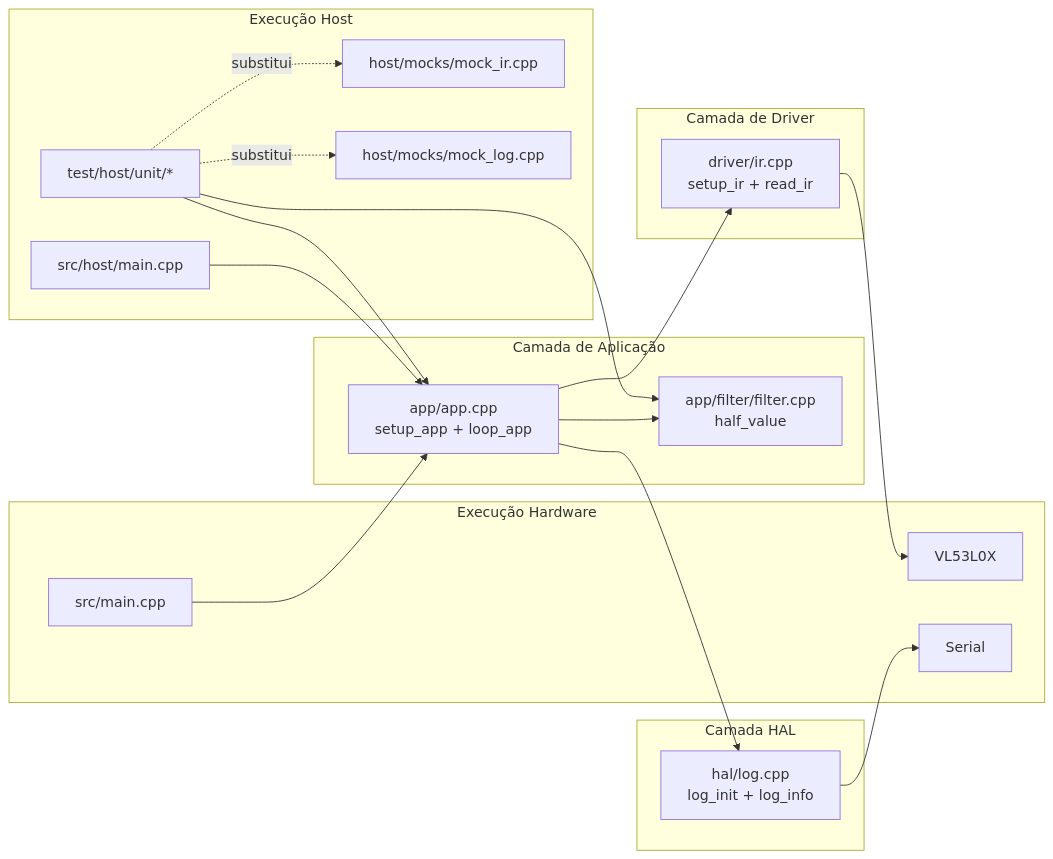
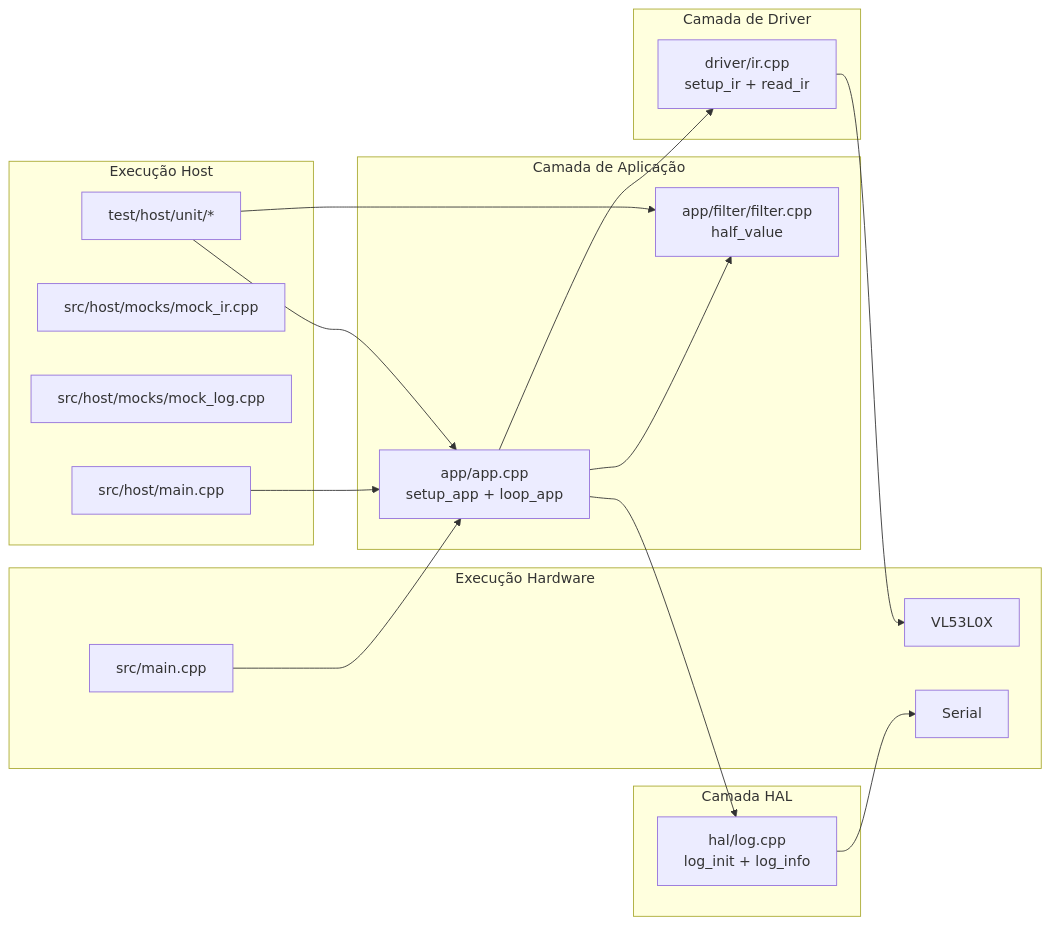
One commit to pedrolopesc/host-automated-testing-iot changed the second of 2 diagrams in architecture/DIAGRAM.md. Above: the diagram before and after it, drawn with Mermaid. The commit also changed other lines of this file and 9 other files, not shown here.

````diff
--- a/architecture/DIAGRAM.md
+++ b/architecture/DIAGRAM.md
@@ -28,43 +28,41 @@
 ```mermaid
 flowchart LR
-    subgraph App[Camada de Aplicação]
-        APP[app/app.cpp\nsetup_app + loop_app]
+    subgraph APP[Camada de Aplicação]
+        APP_MAIN[app/app.cpp\nsetup_app + loop_app]
         FILTER[app/filter/filter.cpp\nhalf_value]
     end
 
-    subgraph Driver[Camada de Driver]
+    subgraph DRV[Camada de Driver]
         IR[driver/ir.cpp\nsetup_ir + read_ir]
     end
 
     subgraph HAL[Camada HAL]
         LOG[hal/log.cpp\nlog_init + log_info]
     end
 
-    subgraph Host[Execução Host]
+    subgraph HOST[Execução Host]
         HMAIN[src/host/main.cpp]
-        MIR[host/mocks/mock_ir.cpp]
-        MLOG[host/mocks/mock_log.cpp]
-        TESTS[test/host/unit/*]
+        MOCK_IR[src/host/mocks/mock_ir.cpp]
+        MOCK_LOG[src/host/mocks/mock_log.cpp]
+        T_HOST[test/host/unit/*]
     end
 
-    subgraph Target[Execução Hardware]
+    subgraph TARGET[Execução Hardware]
         TMAIN[src/main.cpp]
         SENSOR[VL53L0X]
-        UART[Serial]
+        SERIAL[Serial]
     end
 
-    APP --> FILTER
-    APP --> IR
-    APP --> LOG
+    APP_MAIN --> FILTER
+    APP_MAIN --> IR
+    APP_MAIN --> LOG
 
     IR --> SENSOR
-    LOG --> UART
+    LOG --> SERIAL
 
-    HMAIN --> APP
-    TESTS --> APP
-    TESTS --> FILTER
-    TESTS -. substitui .-> MIR
-    TESTS -. substitui .-> MLOG
+    HMAIN --> APP_MAIN
+    T_HOST --> APP_MAIN
+    T_HOST --> FILTER
 
-    TMAIN --> APP
+    TMAIN --> APP_MAIN
 ```
````
